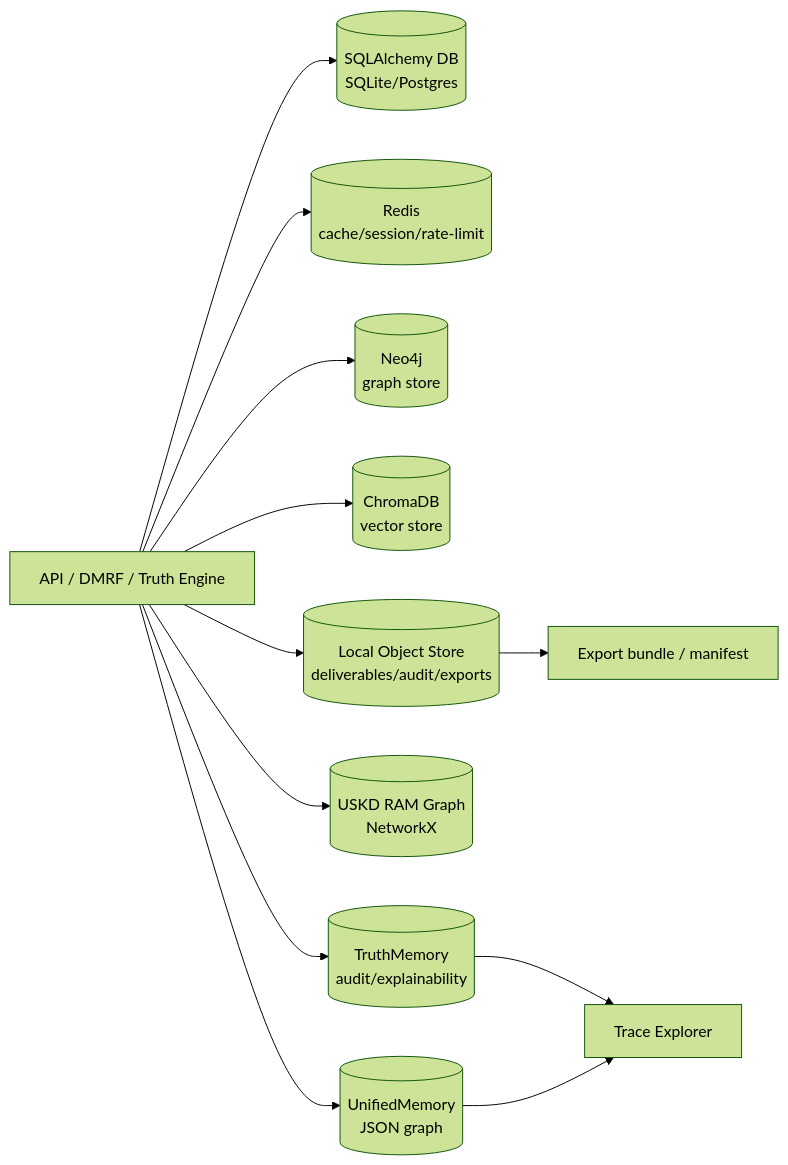
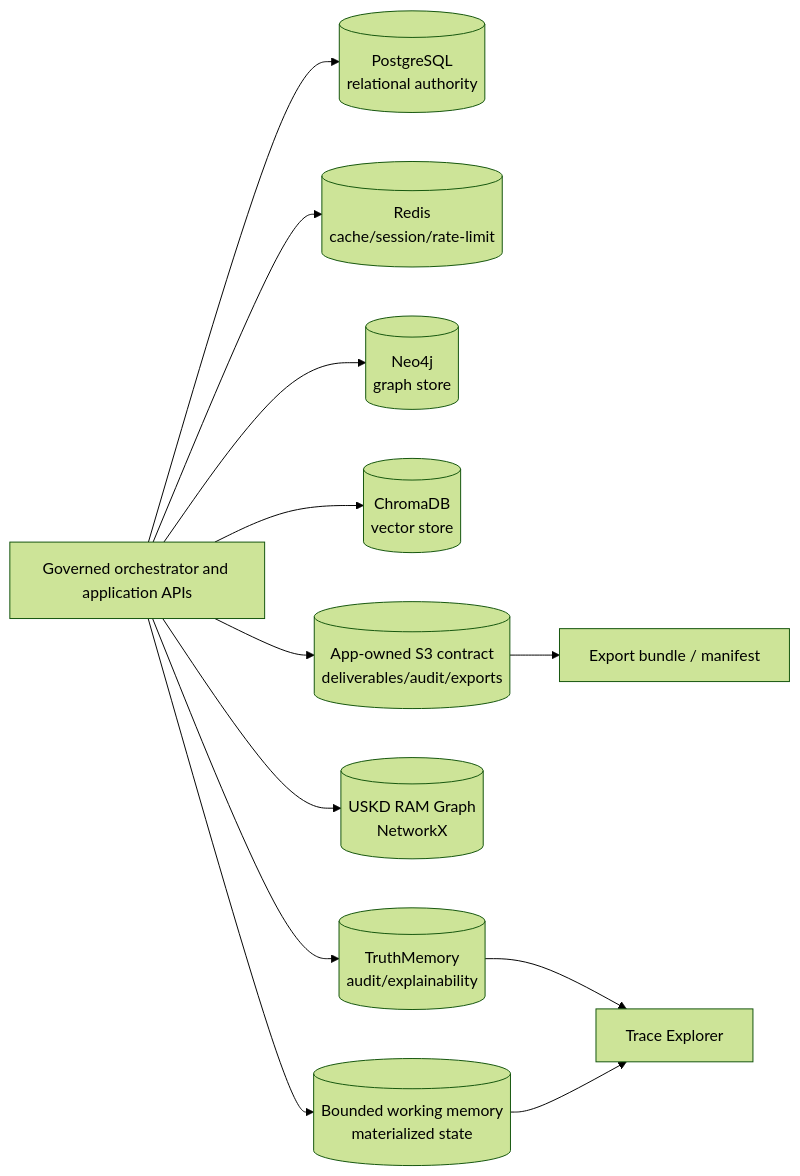
One commit to kherrera6219/DataLogicEngine changed the seventh of 10 diagrams in docs/DATA_FLOW_DIAGRAMS.md. Above: the diagram before and after it, drawn with Mermaid (forest theme). The commit also changed other lines of this file and 99 other files, not shown here.

````diff
--- a/docs/DATA_FLOW_DIAGRAMS.md
+++ b/docs/DATA_FLOW_DIAGRAMS.md
@@ -209,15 +199,15 @@
 ```mermaid
 flowchart LR
-    API[API / DMRF / Truth Engine] --> SQL[(SQLAlchemy DB\nSQLite/Postgres)]
+    API[Governed orchestrator and application APIs] --> SQL[(PostgreSQL\nrelational authority)]
     API --> REDIS[(Redis\ncache/session/rate-limit)]
     API --> NEO[(Neo4j\ngraph store)]
     API --> CHROMA[(ChromaDB\nvector store)]
-    API --> OBJ[(Local Object Store\ndeliverables/audit/exports)]
+    API --> OBJ[(App-owned S3 contract\ndeliverables/audit/exports)]
     API --> USKD[(USKD RAM Graph\nNetworkX)]
-    API --> UMEM[(UnifiedMemory\nJSON graph)]
+    API --> UMEM[(Bounded working memory\nmaterialized state)]
     API --> TMEM[(TruthMemory\naudit/explainability)]
 
     OBJ --> EXPORT[Export bundle / manifest]
     TMEM --> TRACE[Trace Explorer]
     UMEM --> TRACE
 ```
````
